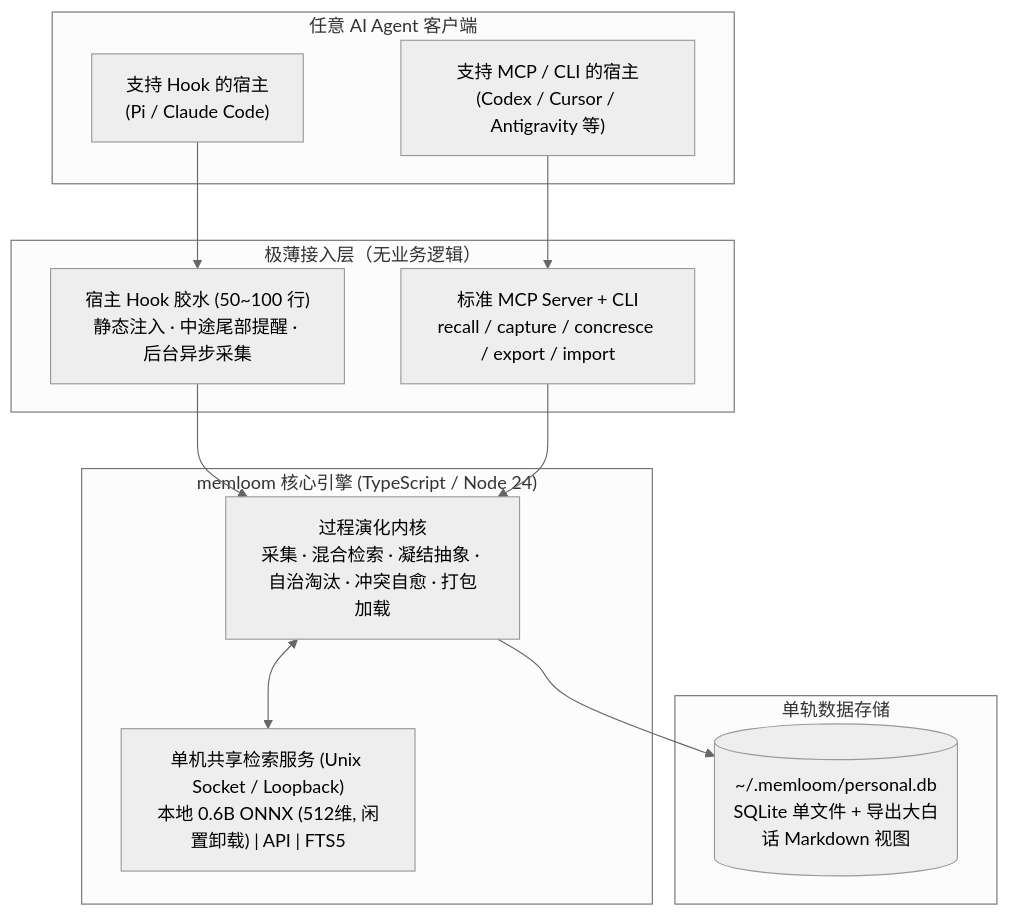
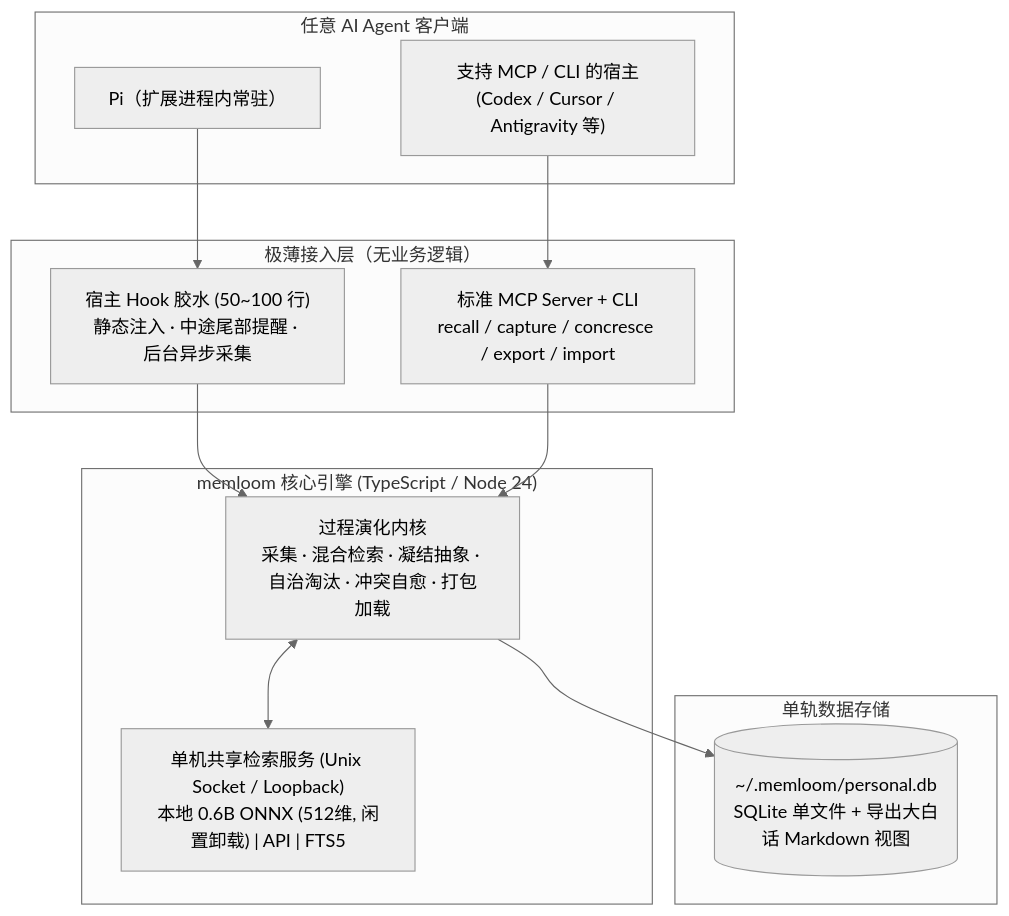
One commit to Jarcis-cy/memloom changed the diagram in README.md. Above: the diagram before and after it, drawn with Mermaid (neutral theme). The commit also changed other lines of this file and 24 other files, not shown here.

````diff
--- a/README.md
+++ b/README.md
@@ -74,28 +74,28 @@
 ```mermaid
 flowchart TB
     subgraph HOSTS["任意 AI Agent 客户端"]
-        H1["支持 Hook 的宿主<br/>(Pi / Claude Code)"]
+        H1["Pi（扩展进程内常驻）"]
         H2["支持 MCP / CLI 的宿主<br/>(Codex / Cursor / Antigravity 等)"]
     end
 
     subgraph ADAPTERS["极薄接入层（无业务逻辑）"]
         HOOK["宿主 Hook 胶水 (50~100 行)<br/>静态注入 · 中途尾部提醒 · 后台异步采集"]
         MCP["标准 MCP Server + CLI<br/>recall / capture / concresce / export / import"]
     end
 
     subgraph CORE["memloom 核心引擎 (TypeScript / Node 24)"]
         ENG["过程演化内核<br/>采集 · 混合检索 · 凝结抽象 · 自治淘汰 · 冲突自愈 · 打包加载"]
         SVC["单机共享检索服务 (Unix Socket / Loopback)<br/>本地 0.6B ONNX (512维, 闲置卸载) | API | FTS5"]
         ENG <--> SVC
     end
 
     subgraph DATA["单轨数据存储"]
         DB[("~/.memloom/personal.db<br/>SQLite 单文件 + 导出大白话 Markdown 视图")]
     end
 
     H1 --> HOOK
     H2 --> MCP
     HOOK --> ENG
     MCP --> ENG
     ENG --> DB
 ```
````
